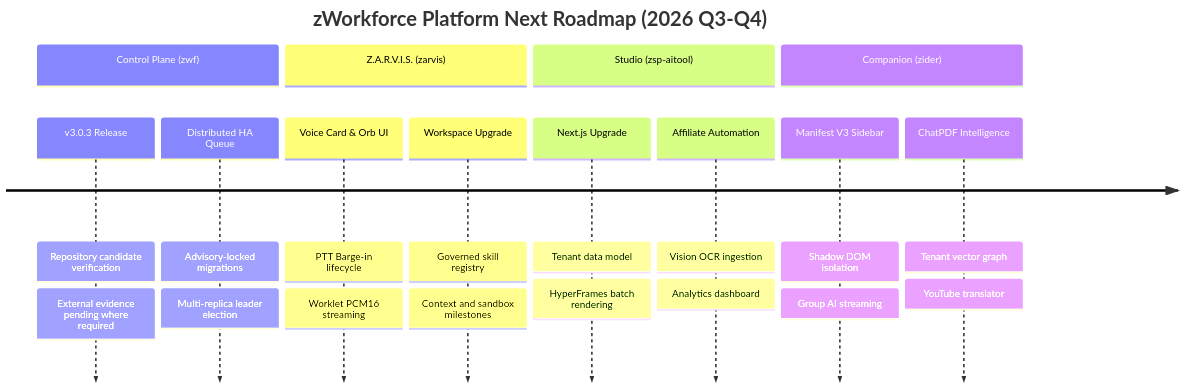
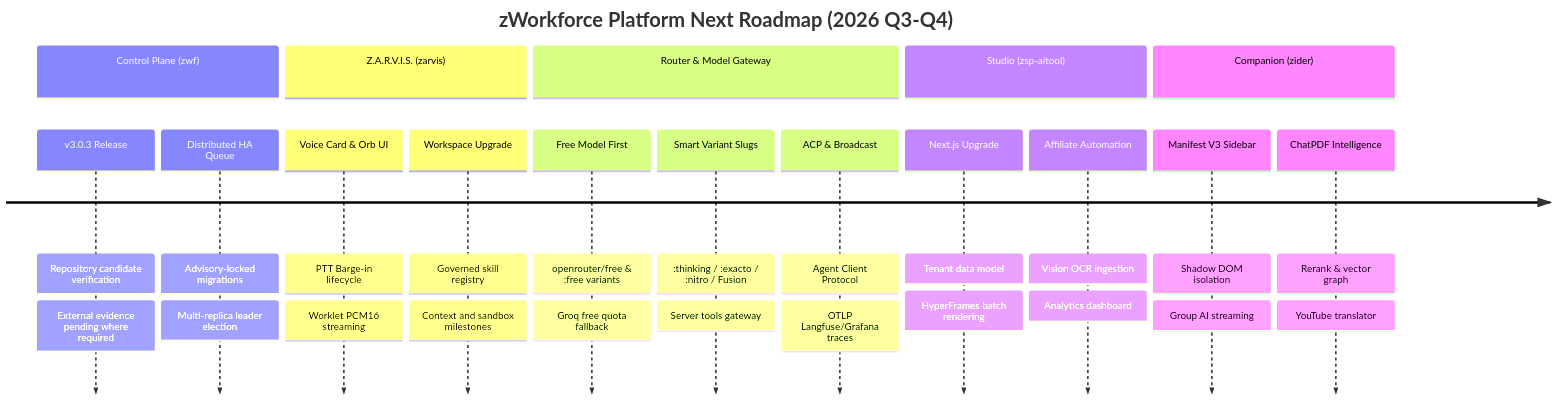
Before and after one commit to cvsz/zWorkforce: the second of 2 diagrams in planning/exec-planning.master.md, drawn with Mermaid. The commit also changed other lines of this file and 19 other files, not shown here.

First line of the commit message:
feat(ecosystem): implement ACP endpoint, safety lifecycle hooks, free model router, and prompt registry

````diff
--- a/planning/exec-planning.master.md
+++ b/planning/exec-planning.master.md
@@ -176,16 +183,20 @@
 ```mermaid
 timeline
     title zWorkforce Platform Next Roadmap (2026 Q3-Q4)
     section Control Plane (zwf)
       v3.0.3 Release : Repository candidate verification : External evidence pending where required
       Distributed HA Queue : Advisory-locked migrations : Multi-replica leader election
     section Z.A.R.V.I.S. (zarvis)
       Voice Card & Orb UI : PTT Barge-in lifecycle : Worklet PCM16 streaming
       Workspace Upgrade : Governed skill registry : Context and sandbox milestones
+    section Router & Model Gateway
+      Free Model First : openrouter/free & :free variants : Groq free quota fallback
+      Smart Variant Slugs : :thinking / :exacto / :nitro / Fusion : Server tools gateway
+      ACP & Broadcast : Agent Client Protocol : OTLP Langfuse/Grafana traces
     section Studio (zsp-aitool)
       Next.js Upgrade : Tenant data model : HyperFrames batch rendering
       Affiliate Automation : Vision OCR ingestion : Analytics dashboard
     section Companion (zider)
       Manifest V3 Sidebar : Shadow DOM isolation : Group AI streaming
-      ChatPDF Intelligence : Tenant vector graph : YouTube translator
+      ChatPDF Intelligence : Rerank & vector graph : YouTube translator
 ```
````
